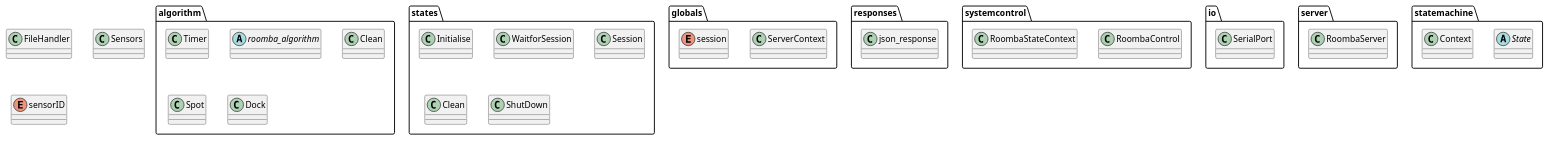
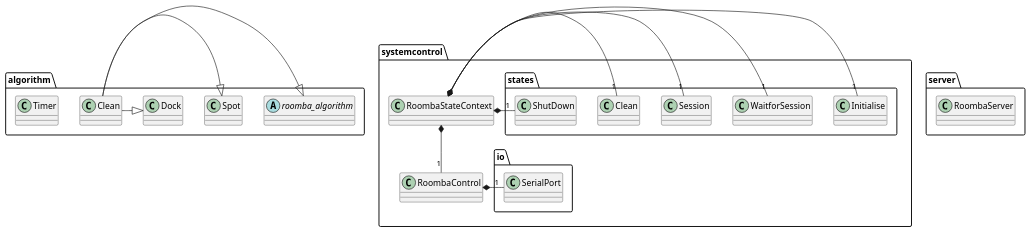
One commit to VvWijhe/Cleanify changed the diagram in UML/RoombacontrollerClassSimplified.puml. Above: the diagram before and after it, drawn with PlantUML.

```diff
--- a/UML/RoombacontrollerClassSimplified.puml
+++ b/UML/RoombacontrollerClassSimplified.puml
@@ -1,50 +1,31 @@
 @startuml
-
-class FileHandler
-class Sensors
-enum sensorID
-
-namespace globals{
-    class ServerContext
-    enum session
-}
-
-namespace responses{
-    class json_response
-}
-
 namespace algorithm{
     class Timer
     abstract class roomba_algorithm
     class Clean
     class Spot
     class Dock
+
+    Clean -|> roomba_algorithm
+    Clean -|> Spot
+    Clean -|> Dock
 }
 
 namespace systemcontrol{
     class RoombaControl
     class RoombaStateContext
-}
 
-namespace states{
-    class Initialise
-    class WaitforSession
-    class Session
-    class Clean
-    class ShutDown
-}
+    RoombaStateContext *--"1" RoombaControl
+    RoombaStateContext *-"1" states.Initialise
+    RoombaStateContext *-"1" states.WaitforSession
+    RoombaStateContext *-"1" states.Session
+    RoombaStateContext *-"1" states.Clean
+    RoombaStateContext *-"1" states.ShutDown
 
-namespace io{
-    class SerialPort
+    RoombaControl *-"1" io.SerialPort
 }
 
 namespace server{
     class RoombaServer
 }
-
-namespace statemachine{
-    abstract class State
-    class Context
-}
-
 @enduml
```
